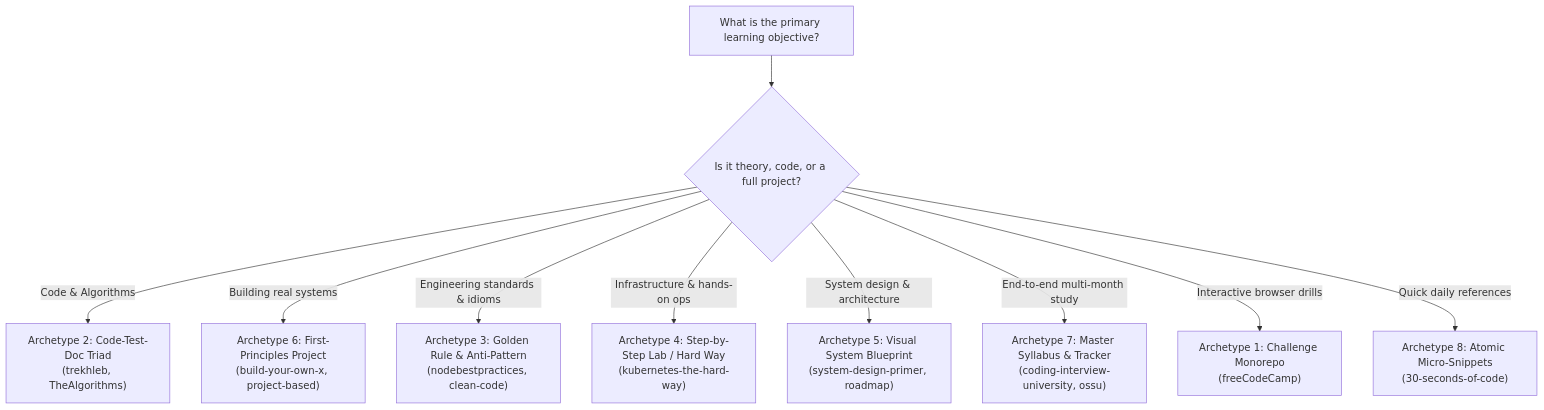
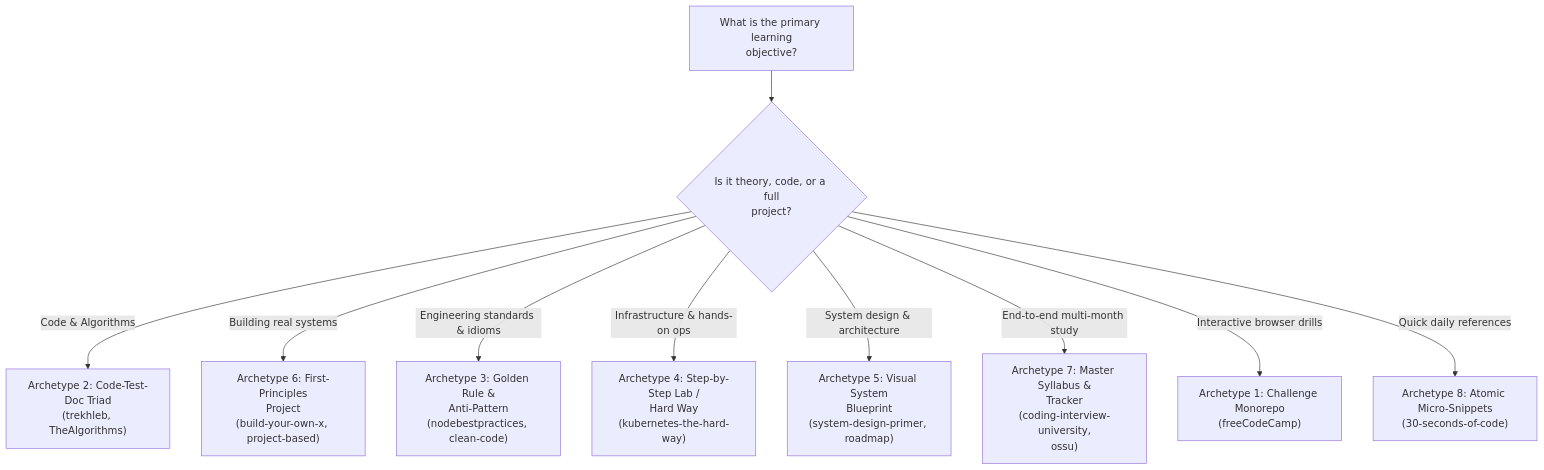
Before and after one commit to santoshjammi29/security-handbook: the first of 2 diagrams in .agents/skills/coding-learning-repo-architect/SKILL.md, drawn with Mermaid. The commit also changed other lines of this file and 22 other files, not shown here.

Commit message:
fix(diagrams): word-wrap labels and escape comparison operators across all diagrams

````diff
--- a/.agents/skills/coding-learning-repo-architect/SKILL.md
+++ b/.agents/skills/coding-learning-repo-architect/SKILL.md
@@ -53,13 +53,13 @@
 ```mermaid
 flowchart TD
-    Start["What is the primary learning objective?"] --> Q1{"Is it theory, code, or a full project?"}
+    Start["What is the primary learning<br/>objective?"] --> Q1{"Is it theory, code, or a full<br/>project?"}
 
     Q1 -->|"Code & Algorithms"| A1["Archetype 2: Code-Test-Doc Triad<br/>(trekhleb, TheAlgorithms)"]
-    Q1 -->|"Building real systems"| A2["Archetype 6: First-Principles Project<br/>(build-your-own-x, project-based)"]
-    Q1 -->|"Engineering standards & idioms"| A3["Archetype 3: Golden Rule & Anti-Pattern<br/>(nodebestpractices, clean-code)"]
-    Q1 -->|"Infrastructure & hands-on ops"| A4["Archetype 4: Step-by-Step Lab / Hard Way<br/>(kubernetes-the-hard-way)"]
-    Q1 -->|"System design & architecture"| A5["Archetype 5: Visual System Blueprint<br/>(system-design-primer, roadmap)"]
-    Q1 -->|"End-to-end multi-month study"| A6["Archetype 7: Master Syllabus & Tracker<br/>(coding-interview-university, ossu)"]
+    Q1 -->|"Building real systems"| A2["Archetype 6: First-Principles<br/>Project<br/>(build-your-own-x, project-based)"]
+    Q1 -->|"Engineering standards & idioms"| A3["Archetype 3: Golden Rule &<br/>Anti-Pattern<br/>(nodebestpractices, clean-code)"]
+    Q1 -->|"Infrastructure & hands-on ops"| A4["Archetype 4: Step-by-Step Lab /<br/>Hard Way<br/>(kubernetes-the-hard-way)"]
+    Q1 -->|"System design & architecture"| A5["Archetype 5: Visual System<br/>Blueprint<br/>(system-design-primer, roadmap)"]
+    Q1 -->|"End-to-end multi-month study"| A6["Archetype 7: Master Syllabus &<br/>Tracker<br/>(coding-interview-university,<br/>ossu)"]
     Q1 -->|"Interactive browser drills"| A7["Archetype 1: Challenge Monorepo<br/>(freeCodeCamp)"]
     Q1 -->|"Quick daily references"| A8["Archetype 8: Atomic Micro-Snippets<br/>(30-seconds-of-code)"]
 ```
````
